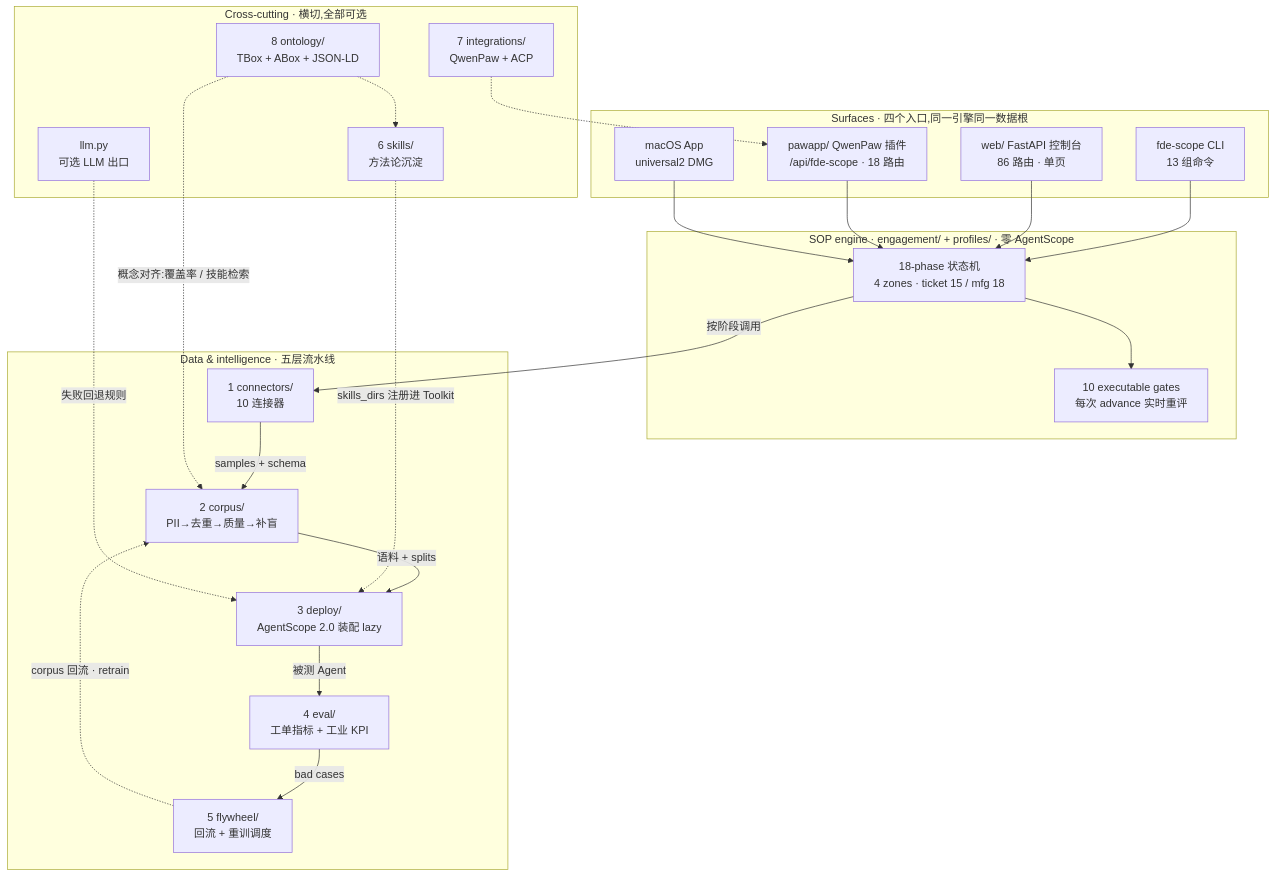
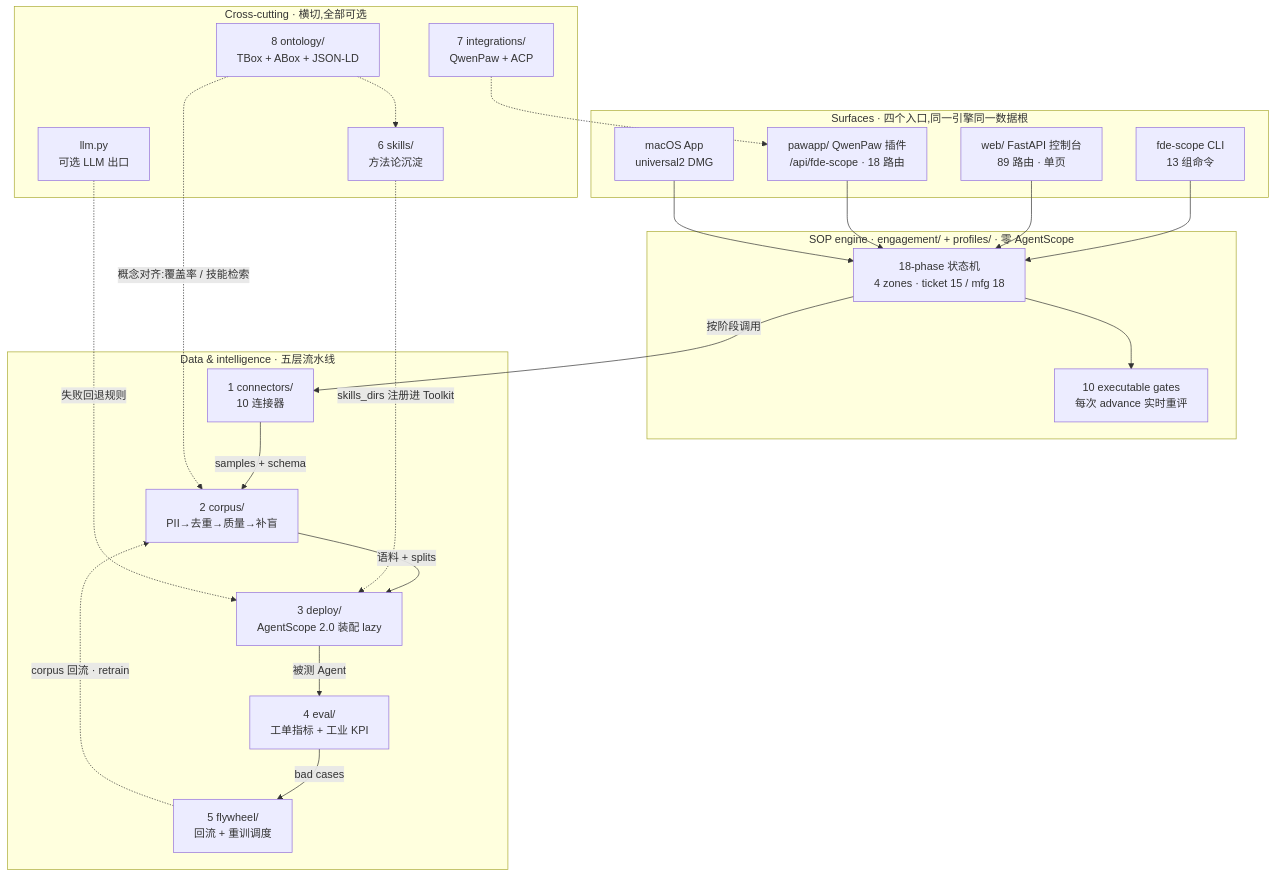
One commit to ai-guru-global/fde-scope changed the second of 3 diagrams in README.md. Above: the diagram before and after it, drawn with Mermaid. The commit also changed other lines of this file and 9 other files, not shown here.

````diff
--- a/README.md
+++ b/README.md
@@ -318,46 +318,46 @@
 ```mermaid
 flowchart TB
     subgraph surfaces["Surfaces · 四个入口,同一引擎同一数据根"]
         CLI["fde-scope CLI<br/>13 组命令"]
-        WEB["web/ FastAPI 控制台<br/>86 路由 · 单页"]
+        WEB["web/ FastAPI 控制台<br/>89 路由 · 单页"]
         PAW["pawapp/ QwenPaw 插件<br/>/api/fde-scope · 18 路由"]
         MAC["macOS App<br/>universal2 DMG"]
     end
 
     subgraph engine["SOP engine · engagement/ + profiles/ · 零 AgentScope"]
         PH["18-phase 状态机<br/>4 zones · ticket 15 / mfg 18"]
         GT["10 executable gates<br/>每次 advance 实时重评"]
     end
 
     subgraph layers["Data & intelligence · 五层流水线"]
         L1["1 connectors/<br/>10 连接器"]
         L2["2 corpus/<br/>PII→去重→质量→补盲"]
         L3["3 deploy/<br/>AgentScope 2.0 装配 lazy"]
         L4["4 eval/<br/>工单指标 + 工业 KPI"]
         L5["5 flywheel/<br/>回流 + 重训调度"]
         L1 -->|"samples + schema"| L2
         L2 -->|"语料 + splits"| L3
         L3 -->|"被测 Agent"| L4
         L4 -->|"bad cases"| L5
         L5 -.->|"corpus 回流 · retrain"| L2
     end
 
     subgraph cross["Cross-cutting · 横切,全部可选"]
         SK["6 skills/<br/>方法论沉淀"]
         INT["7 integrations/<br/>QwenPaw + ACP"]
         ONT["8 ontology/<br/>TBox + ABox + JSON-LD"]
         LLM["llm.py<br/>可选 LLM 出口"]
     end
 
     CLI --> PH
     WEB --> PH
     PAW --> PH
     MAC --> PH
     PH --> GT
     PH -->|"按阶段调用"| L1
     ONT -.->|"概念对齐:覆盖率 / 技能检索"| L2
     ONT -.-> SK
     SK -.->|"skills_dirs 注册进 Toolkit"| L3
     LLM -.->|"失败回退规则"| L3
     INT -.-> PAW
 ```
````
